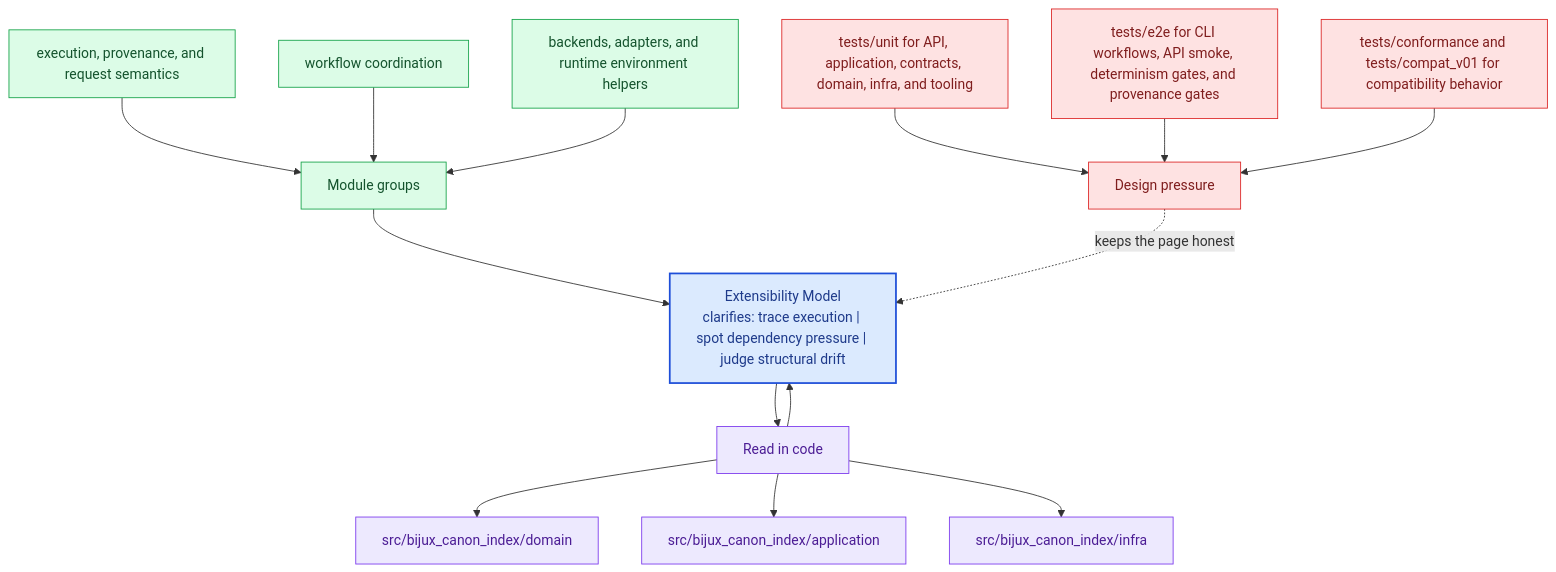
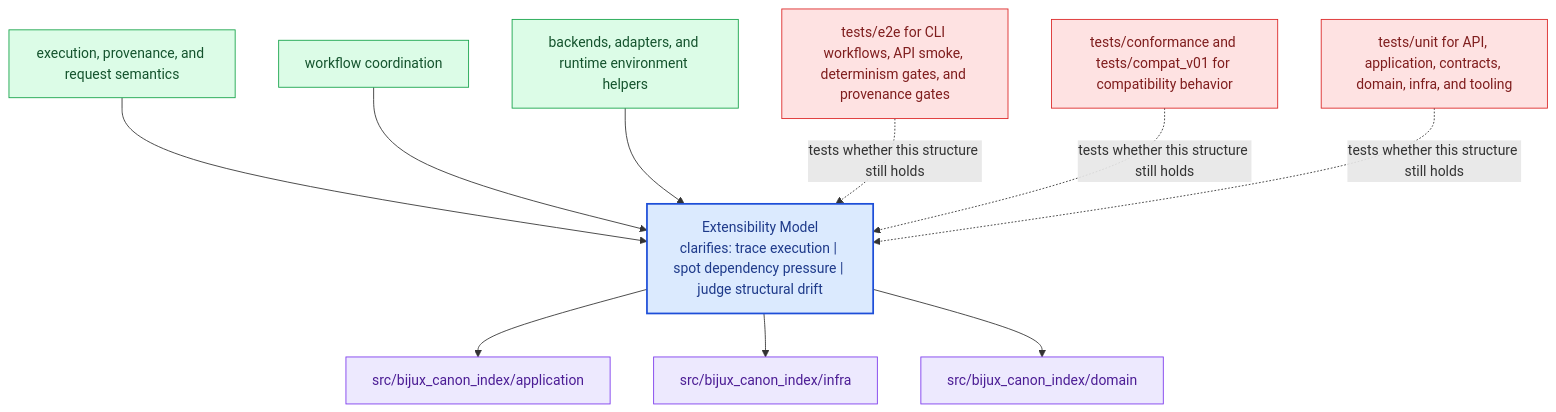
The diagram in docs/bijux-canon-index/architecture/extensibility-model.md (bijux/bijux-canon), drawn with Mermaid before and after one commit. The commit also changed other lines of this file and 281 other files, not shown here.

Commit message:
docs(diagrams): replace repeated mermaid scaffolds with page-specific summaries

````diff
--- a/docs/bijux-canon-index/architecture/extensibility-model.md
+++ b/docs/bijux-canon-index/architecture/extensibility-model.md
@@ -67,40 +22,31 @@
 ```mermaid
 flowchart TB
-    promise["Extensibility Model<br/>clarifies: trace execution | spot dependency pressure | judge structural drift"]
-    classDef promise fill:#dbeafe,stroke:#1d4ed8,color:#1e3a8a,stroke-width:2px;
-    classDef driver fill:#dcfce7,stroke:#16a34a,color:#14532d;
-    classDef constraint fill:#fee2e2,stroke:#dc2626,color:#7f1d1d;
-    classDef ground fill:#ede9fe,stroke:#7c3aed,color:#4c1d95;
-    focus1["Module groups"]
-    focus1 --> promise
-    focus1_1["execution, provenance, and request semantics"]
-    focus1_1 --> focus1
-    focus1_2["workflow coordination"]
-    focus1_2 --> focus1
-    focus1_3["backends, adapters, and runtime environment helpers"]
-    focus1_3 --> focus1
-    class focus1 driver;
-    class focus1_1,focus1_2,focus1_3 driver;
-    focus2["Read in code"]
-    focus2 --> promise
-    promise --> focus2
-    focus2_1["src/bijux_canon_index/domain"]
-    focus2 --> focus2_1
-    focus2_2["src/bijux_canon_index/application"]
-    focus2 --> focus2_2
-    focus2_3["src/bijux_canon_index/infra"]
-    focus2 --> focus2_3
-    class focus2 ground;
-    class focus2_1,focus2_2,focus2_3 ground;
-    focus3["Design pressure"]
-    focus3 -.keeps the page honest.-> promise
-    focus3_1["tests/unit for API, application, contracts, domain, infra, and tooling"]
-    focus3_1 --> focus3
-    focus3_2["tests/e2e for CLI workflows, API smoke, determinism gates, and provenance gates"]
-    focus3_2 --> focus3
-    focus3_3["tests/conformance and tests/compat_v01 for compatibility behavior"]
-    focus3_3 --> focus3
-    class focus3 constraint;
-    class focus3_1,focus3_2,focus3_3 constraint;
-    class promise promise;
+    page["Extensibility Model<br/>clarifies: trace execution | spot dependency pressure | judge structural drift"]
+    classDef page fill:#dbeafe,stroke:#1d4ed8,color:#1e3a8a,stroke-width:2px;
+    classDef positive fill:#dcfce7,stroke:#16a34a,color:#14532d;
+    classDef caution fill:#fee2e2,stroke:#dc2626,color:#7f1d1d;
+    classDef anchor fill:#ede9fe,stroke:#7c3aed,color:#4c1d95;
+    classDef action fill:#fef3c7,stroke:#d97706,color:#7c2d12;
+    module1["execution, provenance, and request semantics"]
+    module1 --> page
+    module2["workflow coordination"]
+    module2 --> page
+    module3["backends, adapters, and runtime environment helpers"]
+    module3 --> page
+    code1["src/bijux_canon_index/application"]
+    page --> code1
+    code2["src/bijux_canon_index/infra"]
+    page --> code2
+    code3["src/bijux_canon_index/domain"]
+    page --> code3
+    pressure1["tests/e2e for CLI workflows, API smoke, determinism gates, and provenance gates"]
+    pressure1 -.tests whether this structure still holds.-> page
+    pressure2["tests/conformance and tests/compat_v01 for compatibility behavior"]
+    pressure2 -.tests whether this structure still holds.-> page
+    pressure3["tests/unit for API, application, contracts, domain, infra, and tooling"]
+    pressure3 -.tests whether this structure still holds.-> page
+    class page page;
+    class module1,module2,module3 positive;
+    class code1,code2,code3 anchor;
+    class pressure1,pressure2,pressure3 caution;
 ```
````
